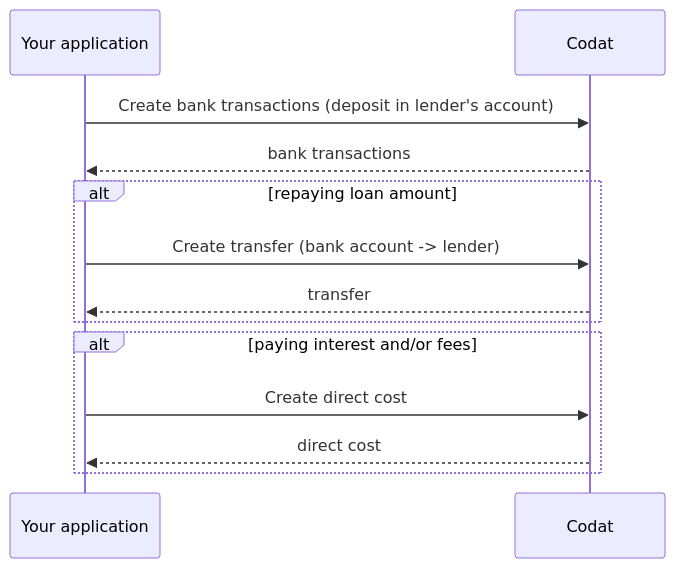
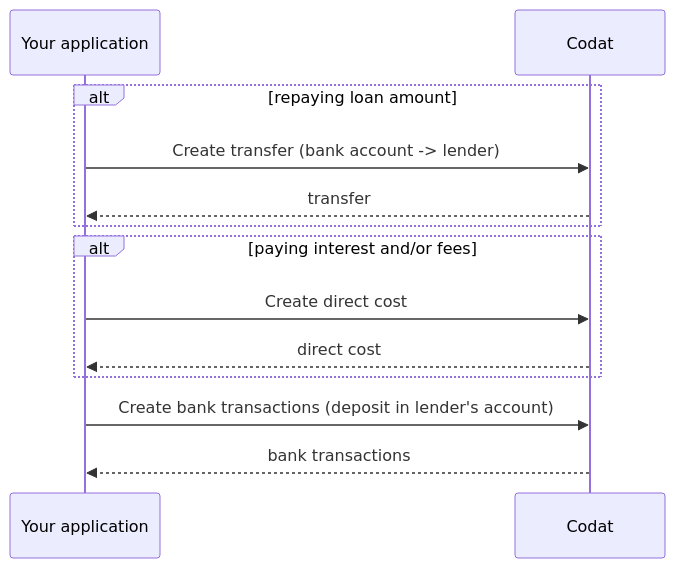
Before and after one commit to codatio/codat-docs: the diagram in docs/lending/guides/loan-writeback/repay-general-loan.md, drawn with Mermaid. The commit also changed other lines of this file and 6 other files, not shown here.

````diff
--- a/docs/lending/guides/loan-writeback/repay-general-loan.md
+++ b/docs/lending/guides/loan-writeback/repay-general-loan.md
@@ -17,18 +20,18 @@
 ```mermaid
-    sequenceDiagram
-        participant backend as Your application 
-        participant codat as Codat
-        
-        backend ->> codat: Create bank transactions (deposit in lender's account)
-        codat -->> backend: bank transactions
-        
-        alt repaying loan amount
-            backend ->> codat: Create transfer (bank account -> lender)
-            codat -->> backend:  transfer
-        end
-        
-        alt paying interest and/or fees
-            backend ->> codat: Create direct cost
-            codat -->> backend: direct cost
-        end
+sequenceDiagram
+    participant application as Your application 
+    participant codat as Codat
+    
+    alt repaying loan amount
+        application ->> codat: Create transfer (bank account -> lender)
+        codat -->> application:  transfer
+    end
+    
+    alt paying interest and/or fees
+        application ->> codat: Create direct cost
+        codat -->> application: direct cost
+    end
+
+    application ->> codat: Create bank transactions (deposit in lender's account)
+    codat -->> application: bank transactions
 ```
````
